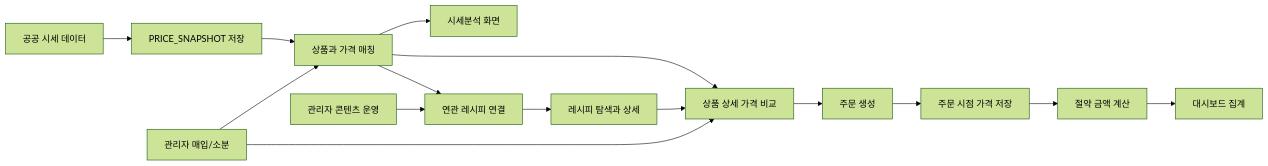
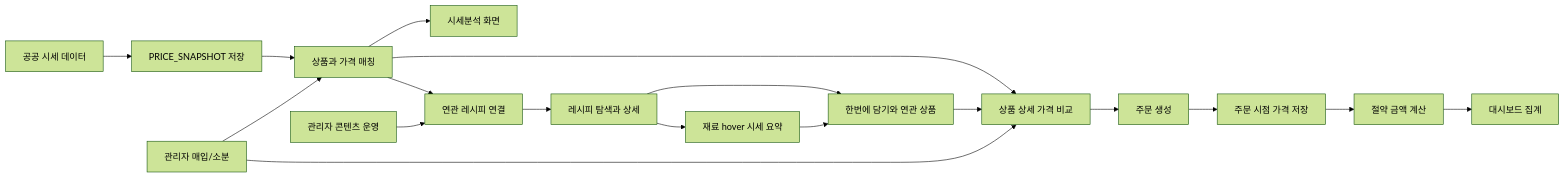
One commit to YuYoungKwang/oneulFarm changed the diagram in docs/presentation/oneulFarm_slide_support.md. Above: the diagram before and after it, drawn with Mermaid (forest theme). The commit also changed other lines of this file and 3 other files, not shown here.

````diff
--- a/docs/presentation/oneulFarm_slide_support.md
+++ b/docs/presentation/oneulFarm_slide_support.md
@@ -24,17 +25,20 @@
 ```mermaid
 flowchart LR
     A[공공 시세 데이터] --> B[PRICE_SNAPSHOT 저장]
     B --> C[상품과 가격 매칭]
     C --> D[시세분석 화면]
     C --> E[상품 상세 가격 비교]
     C --> K[연관 레시피 연결]
     K --> L[레시피 탐색과 상세]
-    L --> E
+    L --> N[재료 hover 시세 요약]
+    L --> O[한번에 담기와 연관 상품]
+    N --> O
+    O --> E
     E --> F[주문 생성]
     F --> G[주문 시점 가격 저장]
     G --> H[절약 금액 계산]
     H --> I[대시보드 집계]
     J[관리자 매입/소분] --> C
     J --> E
     M[관리자 콘텐츠 운영] --> K
 ```
````
